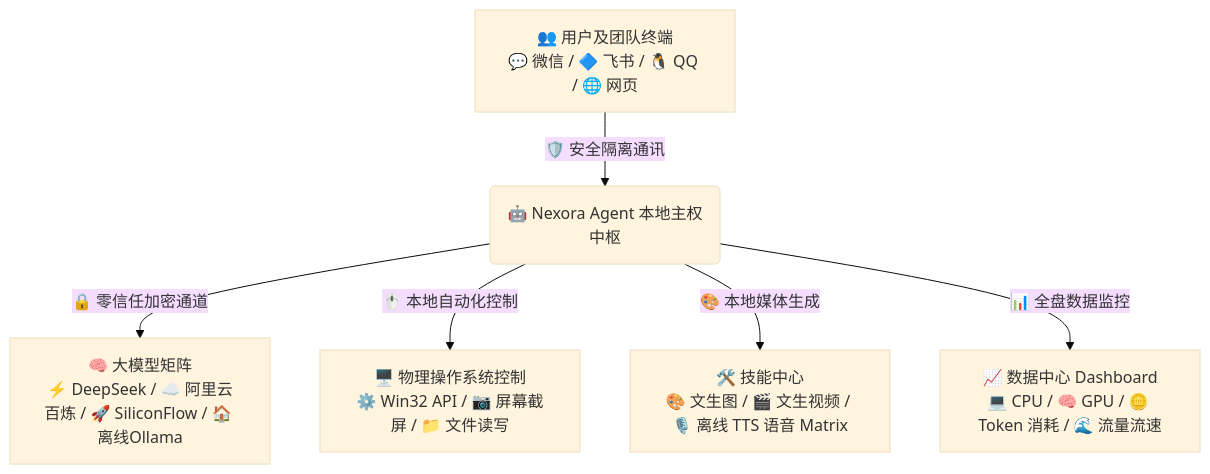
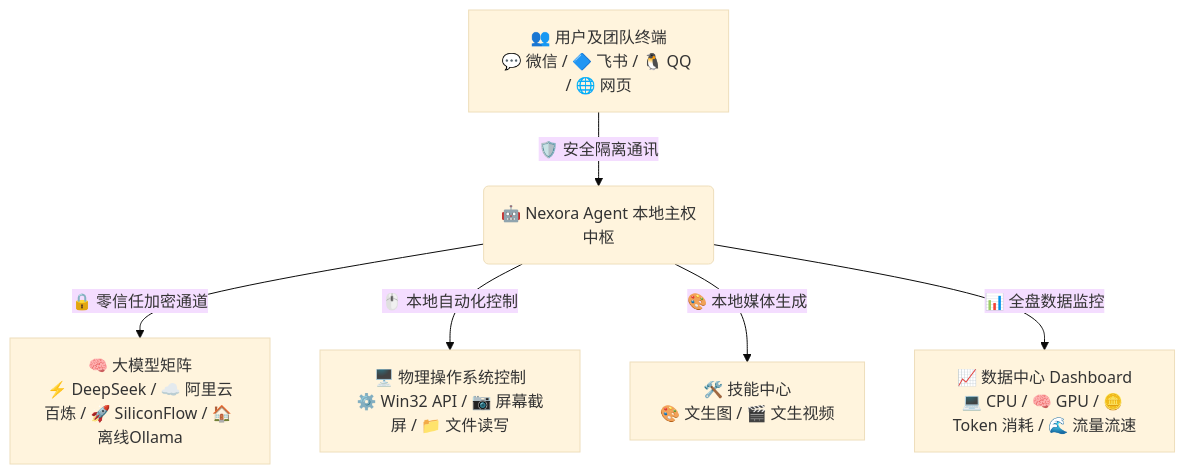
The second of 5 diagrams in README.md (2014-y/NexoraAgent), drawn with Mermaid (base theme) before and after one commit. The commit also changed other lines of this file and 4 other files, not shown here.

````diff
--- a/README.md
+++ b/README.md
@@ -131,8 +130,8 @@
 ```mermaid
 graph TD
     A[👥 用户及团队终端<br/>💬 微信 / 🔷 飞书 / 🐧 QQ / 🌐 网页] -->|🛡️ 安全隔离通讯| B(🤖 Nexora Agent 本地主权中枢)
     B -->|🔒 零信任加密通道| C[🧠 大模型矩阵<br/>⚡ DeepSeek / ☁️ 阿里云百炼 / 🚀 SiliconFlow / 🏠 离线Ollama]
     B -->|🖱️ 本地自动化控制| D[🖥️ 物理操作系统控制<br/>⚙️ Win32 API / 📷 屏幕截屏 / 📁 文件读写]
-    B -->|🎨 本地媒体生成| E[🛠️ 技能中心<br/>🎨 文生图 / 🎬 文生视频 / 🎙️ 离线 TTS 语音 Matrix]
+    B -->|🎨 本地媒体生成| E[🛠️ 技能中心<br/>🎨 文生图 / 🎬 文生视频]
     B -->|📊 全盘数据监控| F[📈 数据中心 Dashboard<br/>💻 CPU / 🧠 GPU / 🪙 Token 消耗 / 🌊 流量流速]
 ```
````
